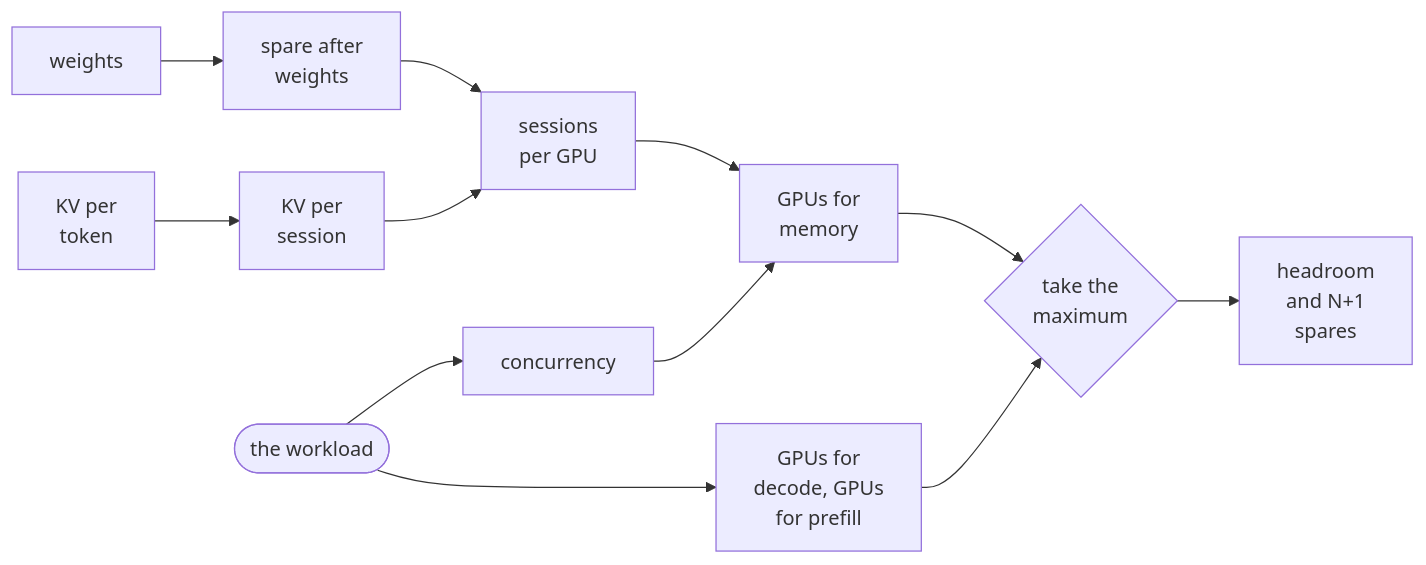
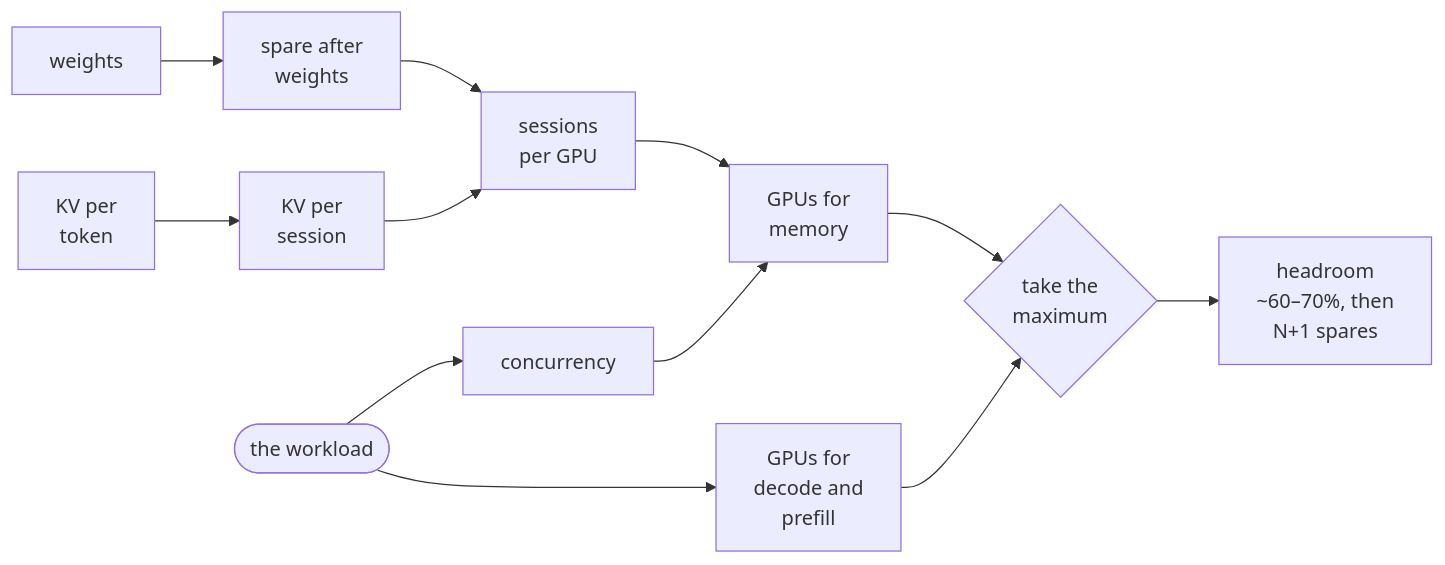
One commit to aniryou/full-stack-agentic-engineer changed the diagram in 00-foundations/gpu-capacity-planning/PRIMER.md. Above: the diagram before and after it, drawn with Mermaid. The commit also changed other lines of this file and 49 other files, not shown here.

````diff
--- a/00-foundations/gpu-capacity-planning/PRIMER.md
+++ b/00-foundations/gpu-capacity-planning/PRIMER.md
@@ -112,25 +112,25 @@
 ```mermaid
 flowchart LR
   P["weights"]
   K["KV per<br/>token"]
   W(["the workload"])
   S["spare after<br/>weights"]
   C["KV per<br/>session"]
   L["concurrency"]
   N["sessions<br/>per GPU"]
-  T["GPUs for<br/>decode, GPUs<br/>for prefill"]
+  T["GPUs for<br/>decode and<br/>prefill"]
   M["GPUs for<br/>memory"]
   X{"take the<br/>maximum"}
-  R["headroom<br/>and N+1<br/>spares"]
+  R["headroom<br/>~60–70%, then<br/>N+1 spares"]
   P --> S
   K --> C
   S --> N
   C --> N
   W --> L
   W --> T
   N --> M
   L --> M
   M --> X
   T --> X
   X --> R
 ```
````
